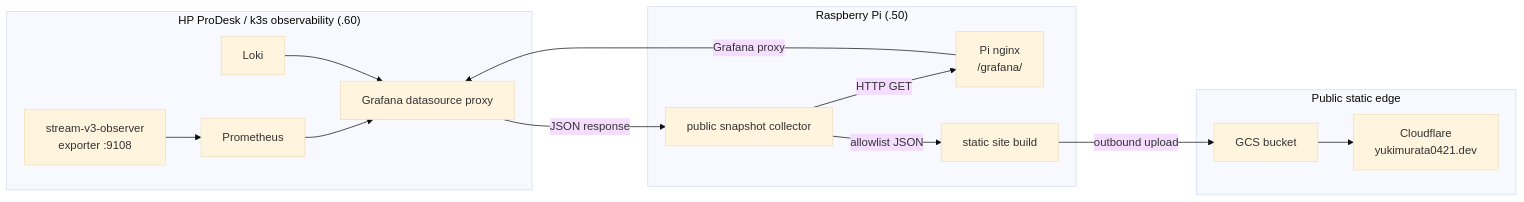
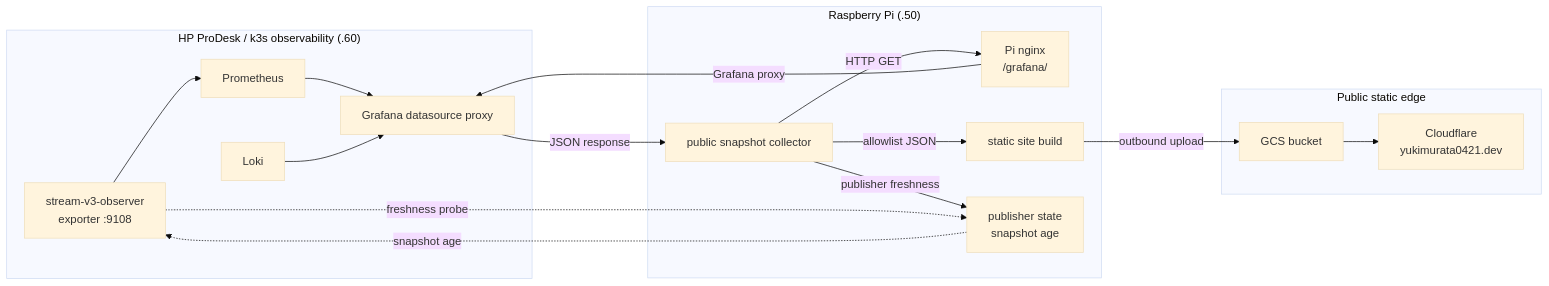
Before and after one commit to yukimurata0421/live-stream-systems-case-study: the fourth of 4 diagrams in README.md, drawn with Mermaid (base theme). The commit also changed other lines of this file, not shown here.

Commit message:
Clarify README observability diagrams

````diff
--- a/README.md
+++ b/README.md
@@ -213,28 +215,32 @@
 ```mermaid
 flowchart LR
     subgraph PD["HP ProDesk / k3s observability (.60)"]
         OBS["stream-v3-observer<br/>exporter :9108"]
         PROM["Prometheus"]
         LOKI["Loki"]
         GRAF["Grafana datasource proxy"]
     end
 
     subgraph RPI["Raspberry Pi (.50)"]
         NGINX["Pi nginx<br/>/grafana/"]
         COLL["public snapshot collector"]
         PUB["static site build"]
+        PISTATE["publisher state<br/>snapshot age"]
     end
 
     subgraph EDGE["Public static edge"]
         GCS["GCS bucket"]
         CF["Cloudflare<br/>yukimurata0421.dev"]
     end
 
     OBS --> PROM --> GRAF
     LOKI --> GRAF
     COLL -->|"HTTP GET"| NGINX
     NGINX -->|"Grafana proxy"| GRAF
     GRAF -->|"JSON response"| COLL
     COLL -->|"allowlist JSON"| PUB
+    COLL -->|"publisher freshness"| PISTATE
     PUB -->|"outbound upload"| GCS --> CF
+    OBS -. freshness probe .-> PISTATE
+    PISTATE -. snapshot age .-> OBS
 ```
````
